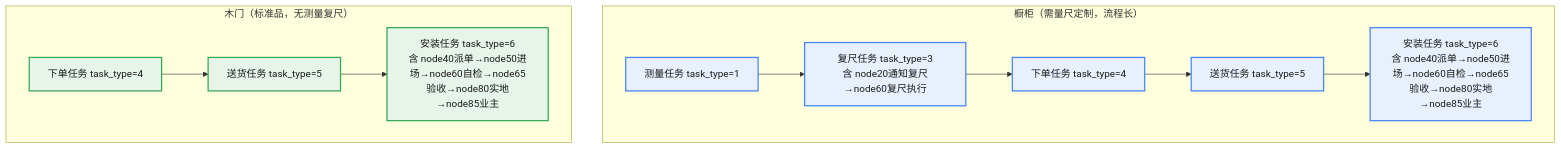
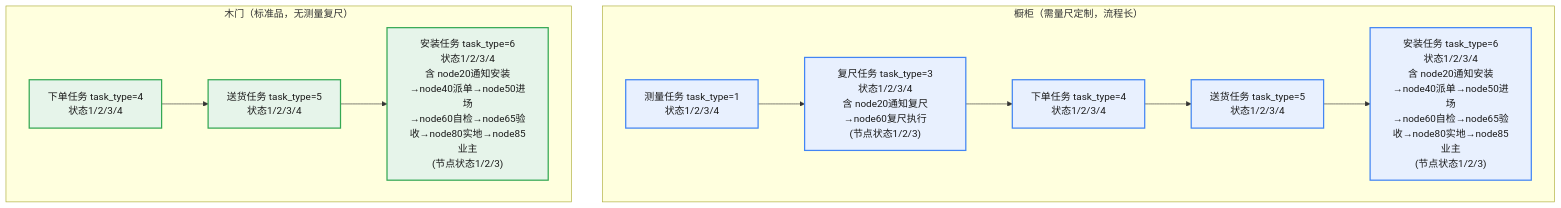
Before and after one commit to M2025-lab/obsodian: the second of 4 diagrams in 10.项目整理/edar-starlord新人快速上手指南.md, drawn with Mermaid. The commit also changed other lines of this file and 7 other files, not shown here.

````diff
--- a/10.项目整理/edar-starlord新人快速上手指南.md
+++ b/10.项目整理/edar-starlord新人快速上手指南.md
@@ -282,17 +304,17 @@
 ```mermaid
 flowchart TD
     subgraph CG["橱柜（需量尺定制，流程长）"]
-        CG1["测量任务 task_type=1"] --> CG2["复尺任务 task_type=3<br/>含 node20通知复尺→node60复尺执行"]
-        CG2 --> CG3["下单任务 task_type=4"]
-        CG3 --> CG4["送货任务 task_type=5"]
-        CG4 --> CG5["安装任务 task_type=6<br/>含 node40派单→node50进场→node60自检→node65验收→node80实地→node85业主"]
+        CG1["测量任务 task_type=1<br/>状态1/2/3/4"] --> CG2["复尺任务 task_type=3<br/>状态1/2/3/4<br/>含 node20通知复尺→node60复尺执行<br/>(节点状态1/2/3)"]
+        CG2 --> CG3["下单任务 task_type=4<br/>状态1/2/3/4"]
+        CG3 --> CG4["送货任务 task_type=5<br/>状态1/2/3/4"]
+        CG4 --> CG5["安装任务 task_type=6<br/>状态1/2/3/4<br/>含 node20通知安装→node40派单→node50进场<br/>→node60自检→node65验收→node80实地→node85业主<br/>(节点状态1/2/3)"]
     end
     subgraph MD["木门（标准品，无测量复尺）"]
-        MD1["下单任务 task_type=4"] --> MD2["送货任务 task_type=5"]
-        MD2 --> MD3["安装任务 task_type=6<br/>含 node40派单→node50进场→node60自检→node65验收→node80实地→node85业主"]
+        MD1["下单任务 task_type=4<br/>状态1/2/3/4"] --> MD2["送货任务 task_type=5<br/>状态1/2/3/4"]
+        MD2 --> MD3["安装任务 task_type=6<br/>状态1/2/3/4<br/>含 node20通知安装→node40派单→node50进场<br/>→node60自检→node65验收→node80实地→node85业主<br/>(节点状态1/2/3)"]
     end
     classDef cg fill:#e8f0fe,stroke:#4285f4,stroke-width:2px,color:#1a1a1a
     classDef md fill:#e6f4ea,stroke:#34a853,stroke-width:2px,color:#1a1a1a
     class CG1,CG2,CG3,CG4,CG5 cg
     class MD1,MD2,MD3 md
 ```
````
